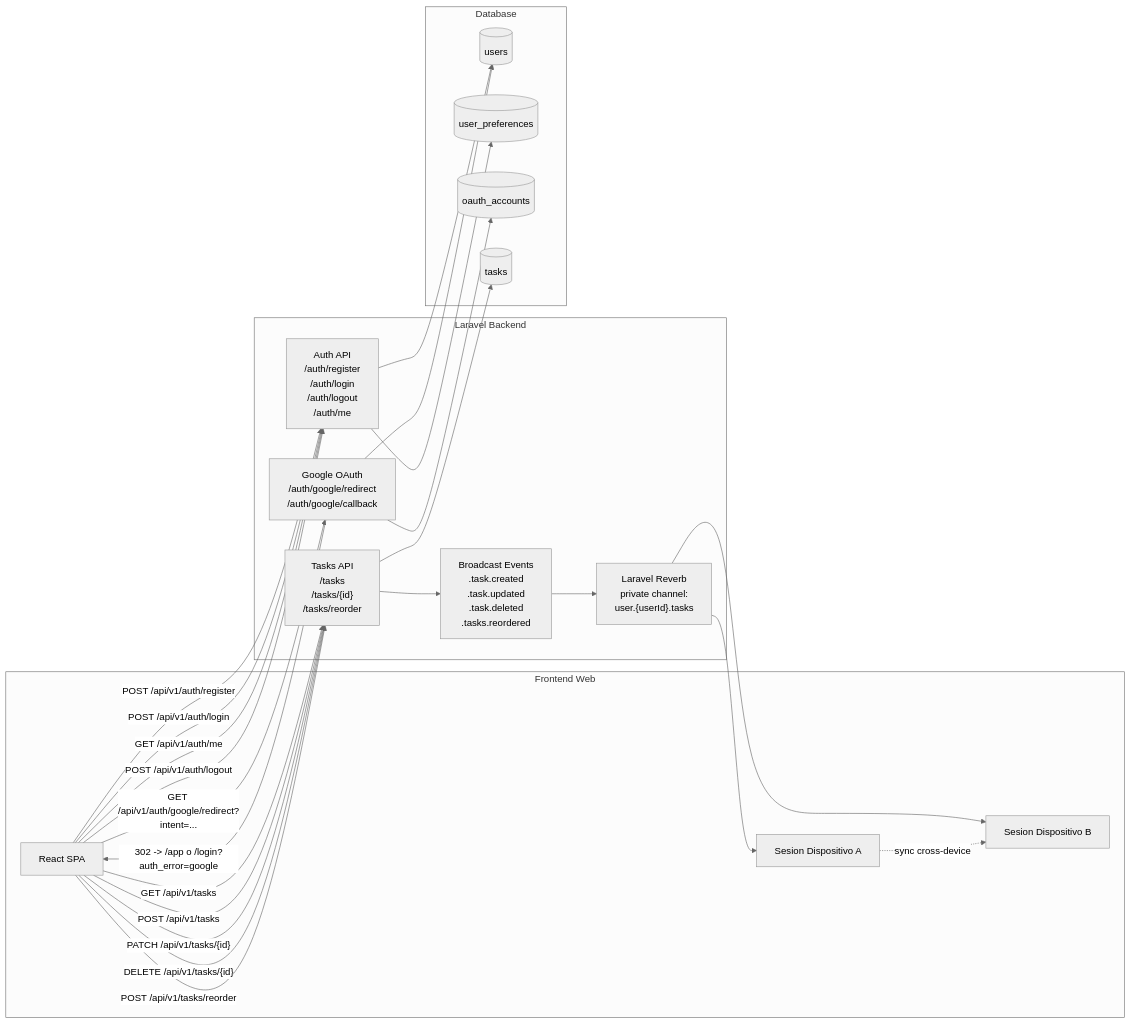
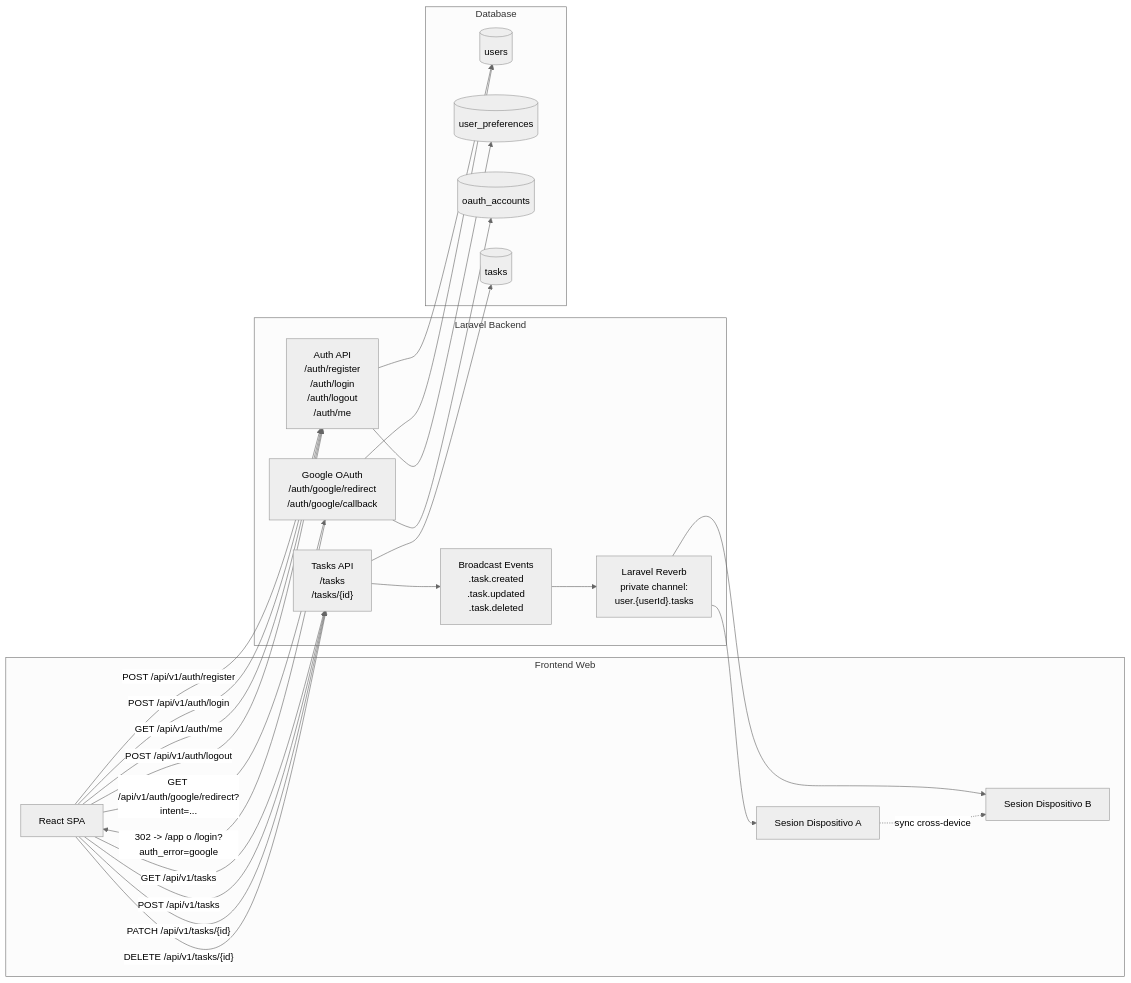
One commit to Jhoan2-cpu/Manage-time-v2 changed the first of 2 diagrams in docs/backend/notion-global-system-model.md. Above: the diagram before and after it, drawn with Mermaid (neutral theme). The commit also changed other lines of this file and 1 other file, not shown here.

Commit message:
refactor(tasks): remove reorder flow and simplify task ordering to backend GET

````diff
--- a/docs/backend/notion-global-system-model.md
+++ b/docs/backend/notion-global-system-model.md
@@ -24,64 +24,61 @@
 ```mermaid
 flowchart LR
     subgraph CLIENT["Frontend Web"]
         FE["React SPA"]
         D1["Sesion Dispositivo A"]
         D2["Sesion Dispositivo B"]
     end
 
     subgraph BACKEND["Laravel Backend"]
         AUTH["Auth API
         /auth/register
         /auth/login
         /auth/logout
         /auth/me"]
         OAUTH["Google OAuth
         /auth/google/redirect
         /auth/google/callback"]
         TASKS["Tasks API
         /tasks
-        /tasks/{id}
-        /tasks/reorder"]
+        /tasks/{id}"]
         REVERB["Laravel Reverb
         private channel:
         user.{userId}.tasks"]
         BCAST["Broadcast Events
         .task.created
         .task.updated
-        .task.deleted
-        .tasks.reordered"]
+        .task.deleted"]
     end
 
     subgraph DB["Database"]
         USERS[("users")]
         PREFS[("user_preferences")]
         OACC[("oauth_accounts")]
         TASKT[("tasks")]
     end
 
     FE -->|"POST /api/v1/auth/register"| AUTH
     FE -->|"POST /api/v1/auth/login"| AUTH
     FE -->|"GET /api/v1/auth/me"| AUTH
     FE -->|"POST /api/v1/auth/logout"| AUTH
 
     FE -->|"GET /api/v1/auth/google/redirect?intent=..."| OAUTH
     OAUTH -->|"302 -> /app o /login?auth_error=google"| FE
 
     FE -->|"GET /api/v1/tasks"| TASKS
     FE -->|"POST /api/v1/tasks"| TASKS
     FE -->|"PATCH /api/v1/tasks/{id}"| TASKS
     FE -->|"DELETE /api/v1/tasks/{id}"| TASKS
-    FE -->|"POST /api/v1/tasks/reorder"| TASKS
 
     AUTH --> USERS
     AUTH --> PREFS
     OAUTH --> OACC
     OAUTH --> USERS
     TASKS --> TASKT
 
     TASKS --> BCAST
     BCAST --> REVERB
     REVERB --> D1
     REVERB --> D2
     D1 -. sync cross-device .-> D2
 ```
````
